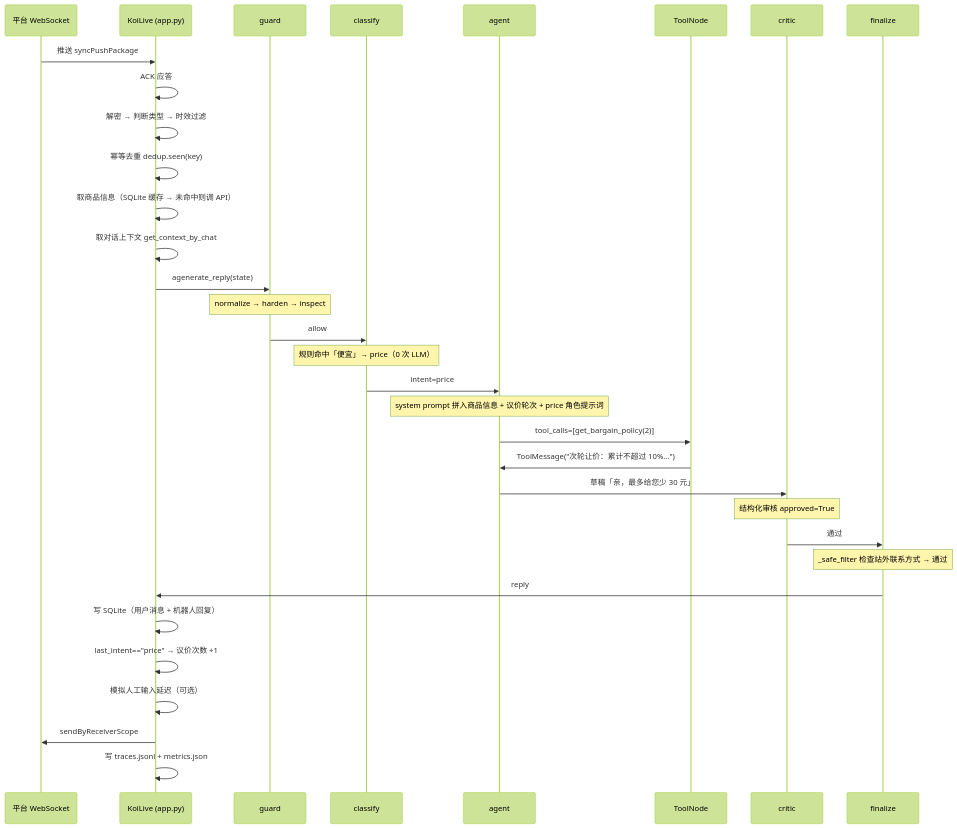
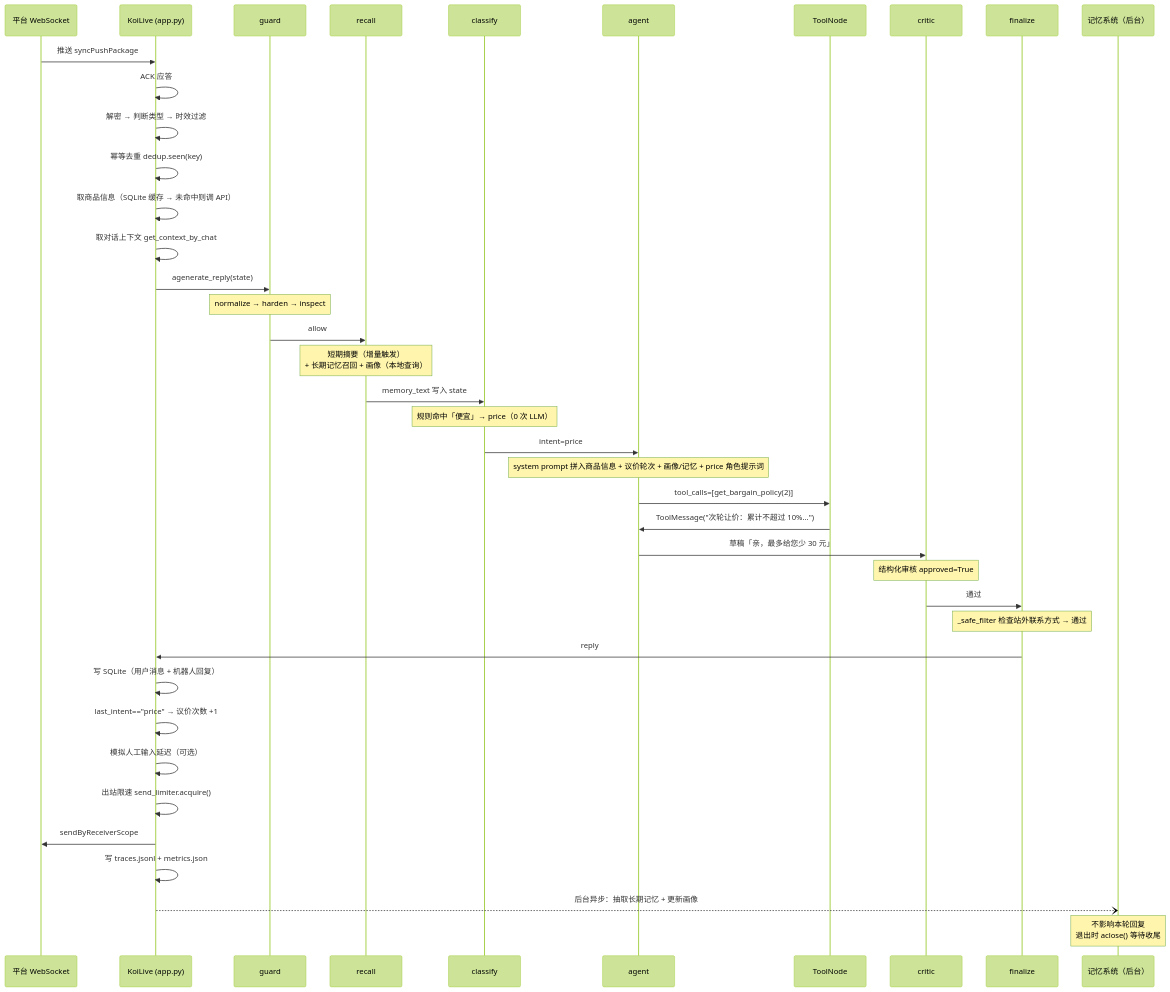
One commit to Xiao-Snake123/KoiAgent changed the third of 3 diagrams in docs/ARCHITECTURE.md. Above: the diagram before and after it, drawn with Mermaid (forest theme). The commit also changed other lines of this file and 33 other files, not shown here.

````diff
--- a/docs/ARCHITECTURE.md
+++ b/docs/ARCHITECTURE.md
@@ -880,36 +1172,43 @@
 ```mermaid
 sequenceDiagram
     participant P as 平台 WebSocket
     participant L as KoiLive (app.py)
     participant G as guard
+    participant R as recall
     participant C as classify
     participant A as agent
     participant T as ToolNode
     participant K as critic
     participant F as finalize
+    participant M as 记忆系统（后台）
 
     P->>L: 推送 syncPushPackage
     L->>L: ACK 应答
     L->>L: 解密 → 判断类型 → 时效过滤
     L->>L: 幂等去重 dedup.seen(key)
     L->>L: 取商品信息（SQLite 缓存 → 未命中则调 API）
     L->>L: 取对话上下文 get_context_by_chat
     L->>G: agenerate_reply(state)
     Note over G: normalize → harden → inspect
-    G->>C: allow
+    G->>R: allow
+    Note over R: 短期摘要（增量触发）<br/>+ 长期记忆召回 + 画像（本地查询）
+    R->>C: memory_text 写入 state
     Note over C: 规则命中「便宜」→ price（0 次 LLM）
     C->>A: intent=price
-    Note over A: system prompt 拼入商品信息 + 议价轮次 + price 角色提示词
+    Note over A: system prompt 拼入商品信息 + 议价轮次 + 画像/记忆 + price 角色提示词
     A->>T: tool_calls=[get_bargain_policy(2)]
     T->>A: ToolMessage("次轮让价：累计不超过 10%...")
     A->>K: 草稿「亲，最多给您少 30 元」
     Note over K: 结构化审核 approved=True
     K->>F: 通过
     Note over F: _safe_filter 检查站外联系方式 → 通过
     F->>L: reply
     L->>L: 写 SQLite（用户消息 + 机器人回复）
     L->>L: last_intent=="price" → 议价次数 +1
     L->>L: 模拟人工输入延迟（可选）
+    L->>L: 出站限速 send_limiter.acquire()
     L->>P: sendByReceiverScope
     L->>L: 写 traces.jsonl + metrics.json
+    L--)M: 后台异步：抽取长期记忆 + 更新画像
+    Note over M: 不影响本轮回复<br/>退出时 aclose() 等待收尾
 ```
````
